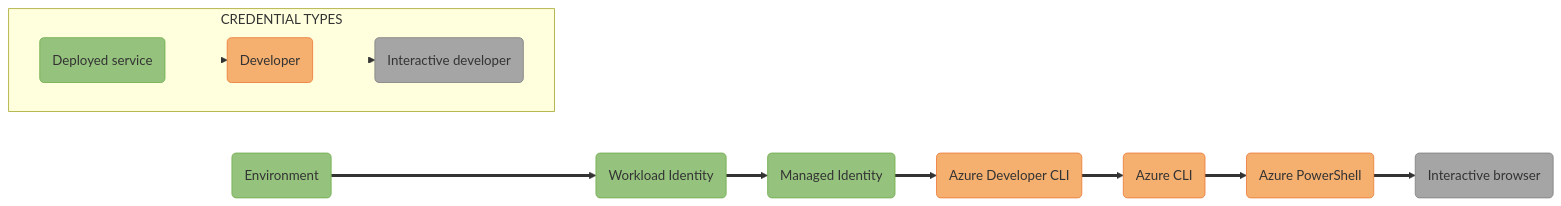
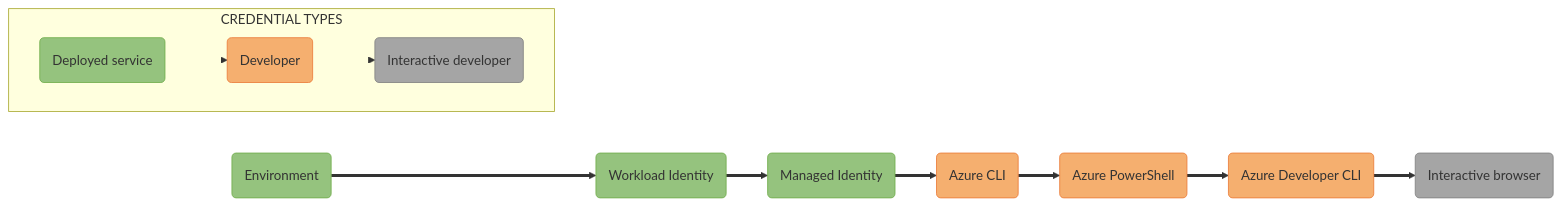
The diagram in sdk/identity/azure-identity/images/mermaidjs/DefaultAzureCredentialAuthFlow.md (Azure/azure-sdk-for-python), drawn with Mermaid before and after one commit. The commit also changed 4 other files, not shown here.

````diff
--- a/sdk/identity/azure-identity/images/mermaidjs/DefaultAzureCredentialAuthFlow.md
+++ b/sdk/identity/azure-identity/images/mermaidjs/DefaultAzureCredentialAuthFlow.md
@@ -1,31 +1,31 @@
 ```mermaid
 %% STEPS TO GENERATE IMAGE
 %% =======================
 %% 1. Install mermaid CLI (see https://github.com/mermaid-js/mermaid-cli/blob/master/README.md)
 %%    v8.14.0 is known good for our process. npm install -g @mermaid-js/mermaid-cli@8.14.0
 %% 2. Run command: mmdc -i DefaultAzureCredentialAuthFlow.md -o DefaultAzureCredentialAuthFlow.svg
 
 flowchart LR;
-    A(Environment):::deployed ==> B(Workload Identity):::deployed ==> C(Managed Identity):::deployed ==> D(Azure Developer CLI):::developer ==> E(Azure CLI):::developer ==> F(Azure PowerShell):::developer ==> G(Interactive browser):::interactive;
+    A(Environment):::deployed ==> B(Workload Identity):::deployed ==> C(Managed Identity):::deployed ==> D(Azure CLI):::developer ==> E(Azure PowerShell):::developer ==> F(Azure Developer CLI):::developer ==> G(Interactive browser):::interactive;
 
     subgraph CREDENTIAL TYPES;
         direction LR;
         Deployed(Deployed service):::deployed ==> Developer(Developer):::developer ==> Interactive(Interactive developer):::interactive;
 
         %% Hide links between boxes in the legend by setting width to 0. The integers after "linkStyle" represent link indices.
         linkStyle 6 stroke-width:0px;
         linkStyle 7 stroke-width:0px;
     end;
 
     %% Define styles for credential type boxes
     classDef deployed fill:#95C37E, stroke:#71AD4C;
     classDef developer fill:#F5AF6F, stroke:#EB7C39;
     classDef interactive fill:#A5A5A5, stroke:#828282;
 
     %% Add API ref links to credential type boxes
     click A "https://learn.microsoft.com/python/api/azure-identity/azure.identity.environmentcredential?view=azure-python" _blank;
     click C "https://learn.microsoft.com/python/api/azure-identity/azure.identity.managedidentitycredential?view=azure-python" _blank;
-    click E "https://learn.microsoft.com/python/api/azure-identity/azure.identity.azureclicredential?view=azure-python" _blank;
-    click F "https://learn.microsoft.com/python/api/azure-identity/azure.identity.azurepowershellcredential?view=azure-python" _blank;
+    click D "https://learn.microsoft.com/python/api/azure-identity/azure.identity.azureclicredential?view=azure-python" _blank;
+    click E "https://learn.microsoft.com/python/api/azure-identity/azure.identity.azurepowershellcredential?view=azure-python" _blank;
     click G "https://learn.microsoft.com/python/api/azure-identity/azure.identity.interactivebrowsercredential?view=azure-python" _blank;
 ```
````
